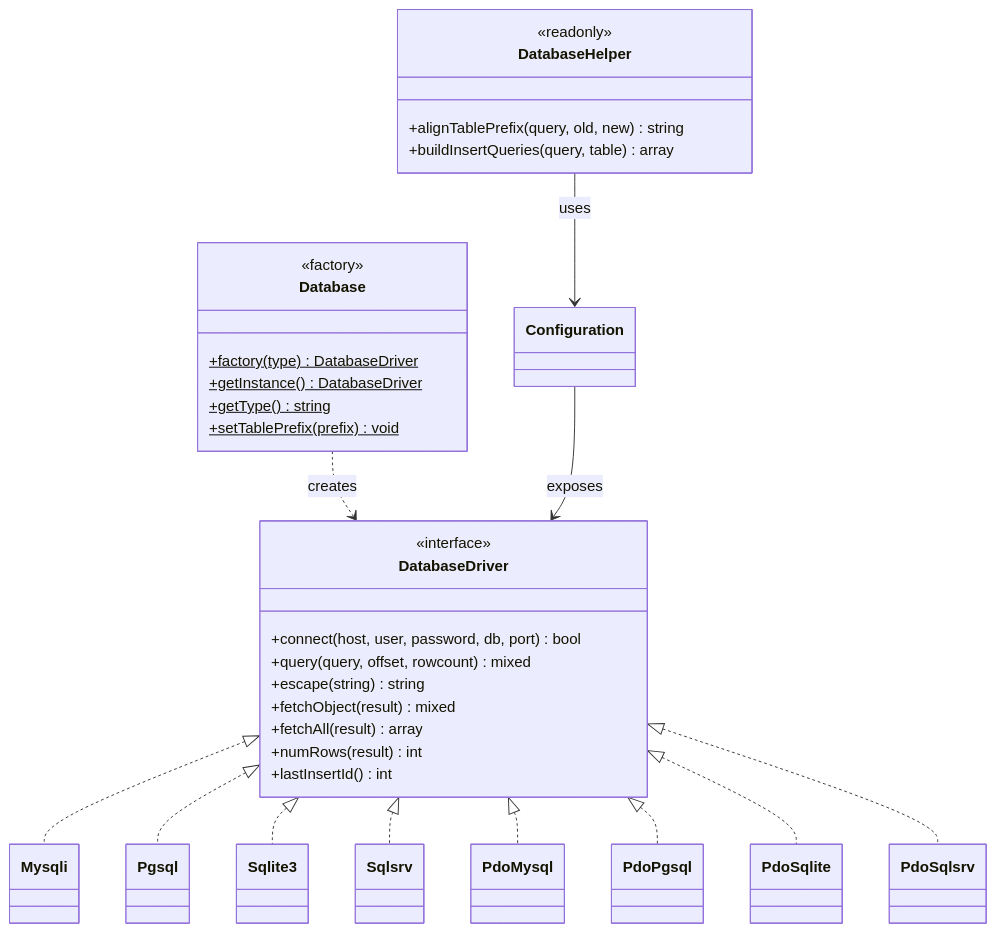
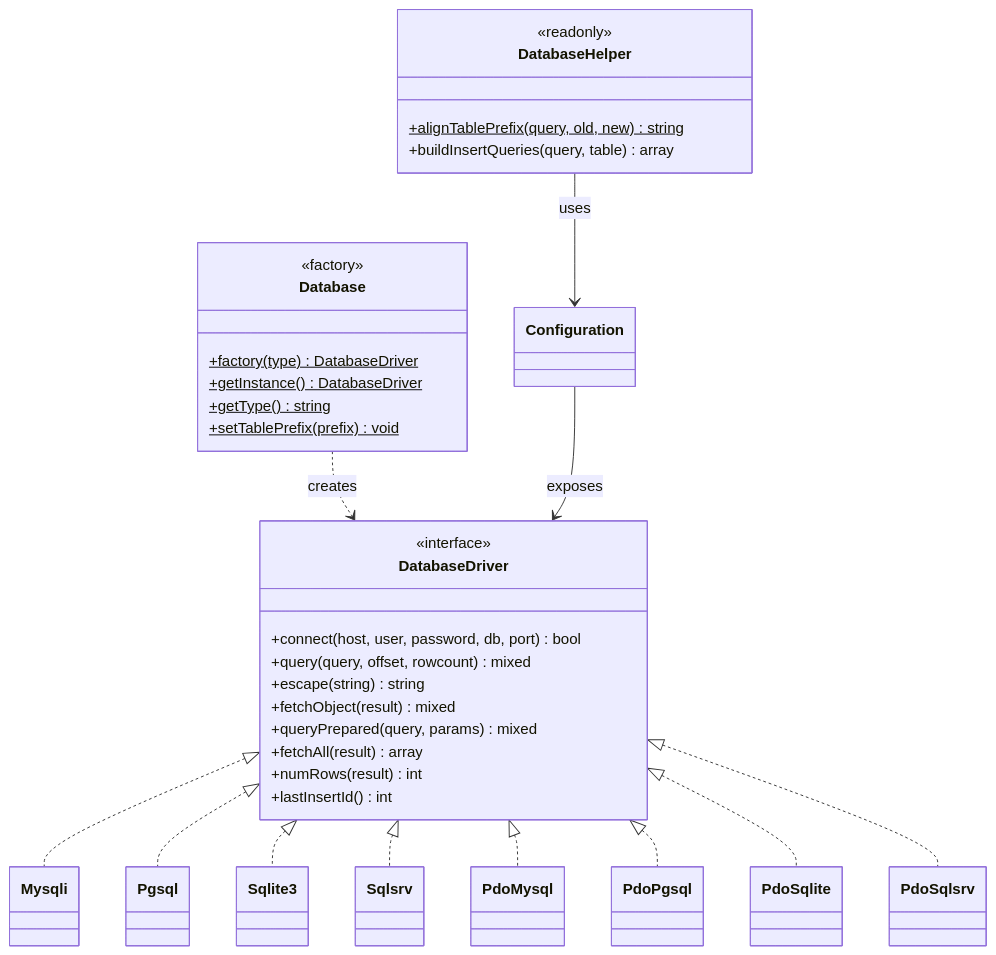
One commit to thorsten/phpMyFAQ changed the third of 7 diagrams in docs/architecture.md. Above: the diagram before and after it, drawn with Mermaid. The commit also changed other lines of this file and 19 other files, not shown here.

````diff
--- a/docs/architecture.md
+++ b/docs/architecture.md
@@ -207,51 +230,52 @@
 ```mermaid
 classDiagram
     direction TB
 
     class Database {
         <<factory>>
         +factory(type)$ DatabaseDriver
         +getInstance()$ DatabaseDriver
         +getType()$ string
         +setTablePrefix(prefix)$ void
     }
 
     class DatabaseDriver {
         <<interface>>
         +connect(host, user, password, db, port) bool
         +query(query, offset, rowcount) mixed
         +escape(string) string
         +fetchObject(result) mixed
+        +queryPrepared(query, params) mixed
         +fetchAll(result) array
         +numRows(result) int
         +lastInsertId() int
     }
 
     class Mysqli
     class Pgsql
     class Sqlite3
     class Sqlsrv
     class PdoMysql
     class PdoPgsql
     class PdoSqlite
     class PdoSqlsrv
 
     class DatabaseHelper {
         <<readonly>>
-        +alignTablePrefix(query, old, new) string
+        +alignTablePrefix(query, old, new)$ string
         +buildInsertQueries(query, table) array
     }
 
     DatabaseDriver <|.. Mysqli
     DatabaseDriver <|.. Pgsql
     DatabaseDriver <|.. Sqlite3
     DatabaseDriver <|.. Sqlsrv
     DatabaseDriver <|.. PdoMysql
     DatabaseDriver <|.. PdoPgsql
     DatabaseDriver <|.. PdoSqlite
     DatabaseDriver <|.. PdoSqlsrv
 
     Database ..> DatabaseDriver : creates
     DatabaseHelper --> Configuration : uses
     Configuration --> DatabaseDriver : exposes
 ```
````
